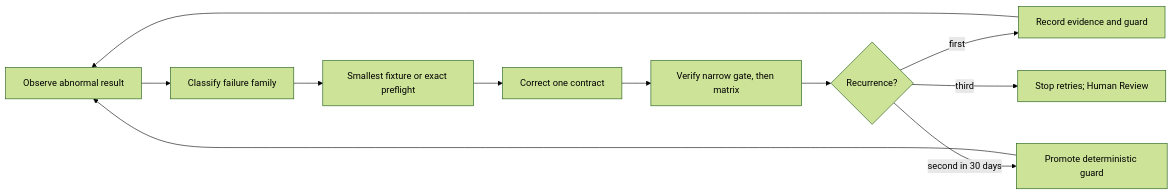
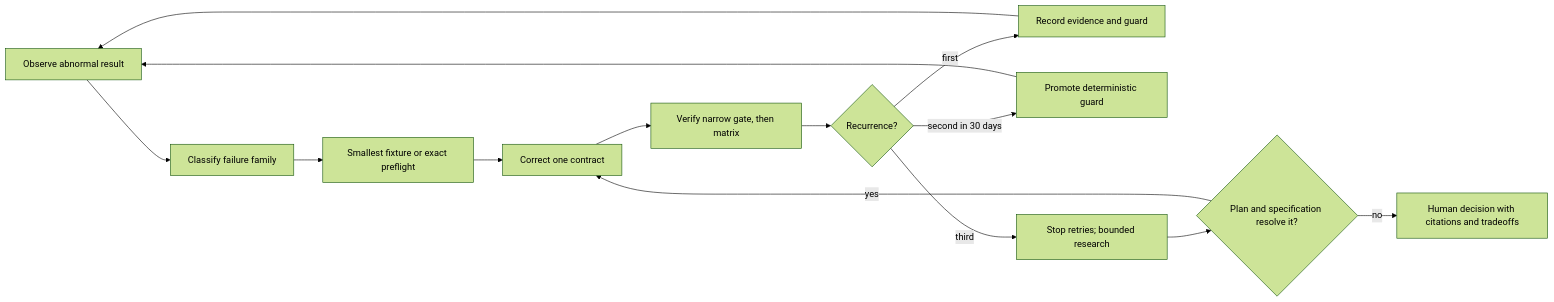
One commit to ray-manaloto/symphony-cpp changed the first of 2 diagrams in docs/engineering-system.md. Above: the diagram before and after it, drawn with Mermaid (forest theme). The commit also changed other lines of this file and 9 other files, not shown here.

````diff
--- a/docs/engineering-system.md
+++ b/docs/engineering-system.md
@@ -21,13 +26,16 @@
 ```mermaid
 flowchart LR
   O["Observe abnormal result"] --> C["Classify failure family"]
   C --> F["Smallest fixture or exact preflight"]
   F --> X["Correct one contract"]
   X --> V["Verify narrow gate, then matrix"]
   V --> P{"Recurrence?"}
   P -->|"first"| L["Record evidence and guard"]
   P -->|"second in 30 days"| G["Promote deterministic guard"]
-  P -->|"third"| H["Stop retries; Human Review"]
+  P -->|"third"| R["Stop retries; bounded research"]
+  R --> D{"Plan and specification resolve it?"}
+  D -->|"yes"| X
+  D -->|"no"| H["Human decision with citations and tradeoffs"]
   L --> O
   G --> O
 ```
````
